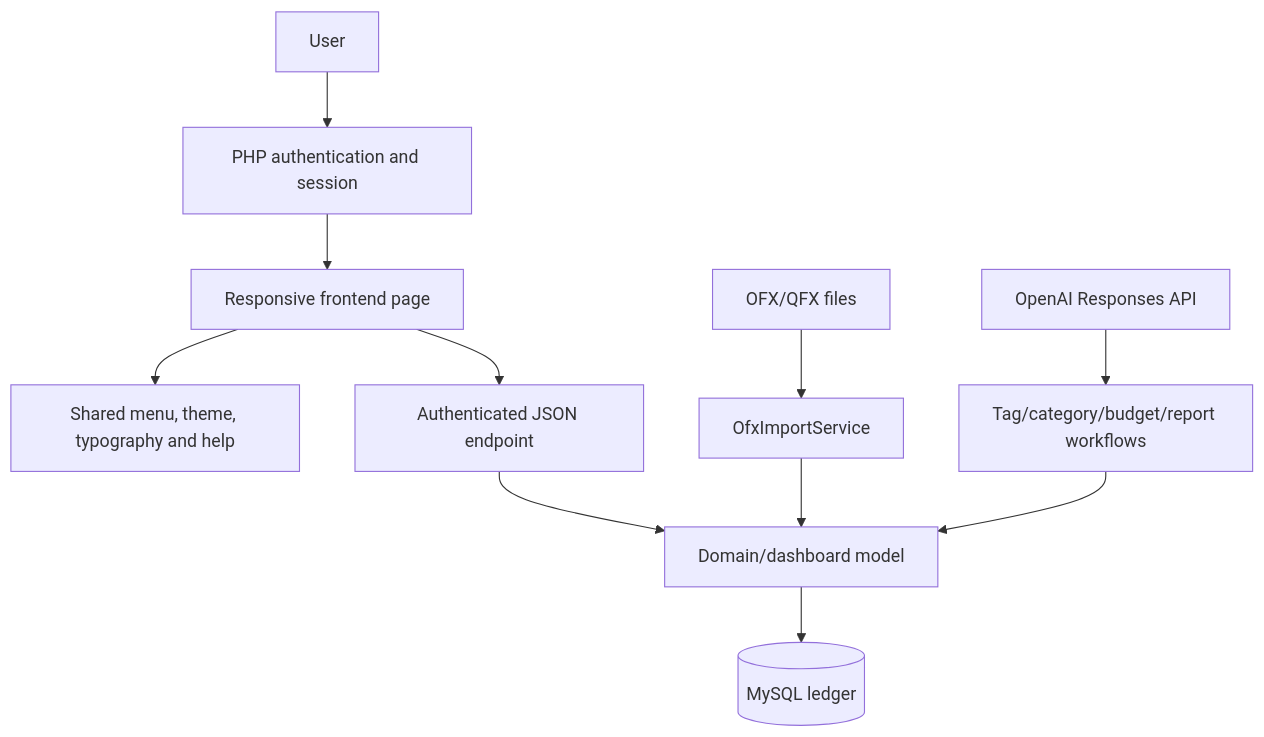
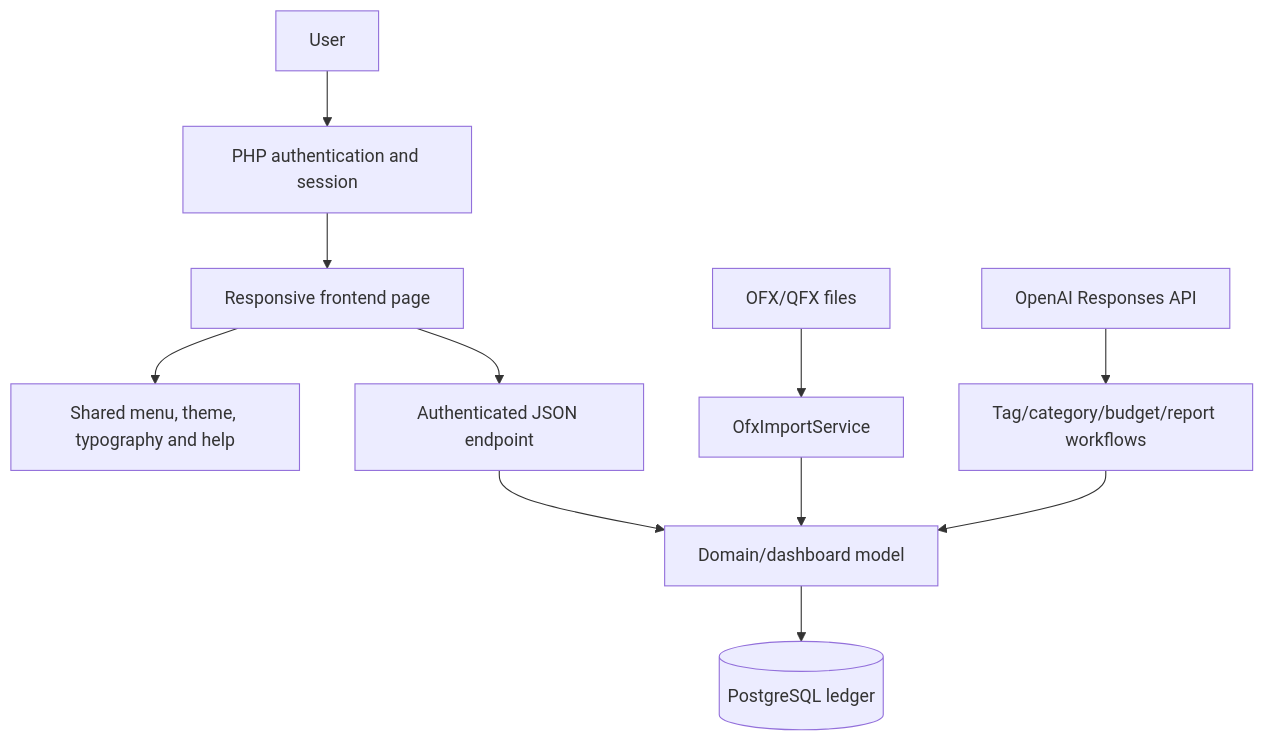
Before and after one commit to smeird/Accounts: the first of 3 diagrams in wiki/Architecture.md, drawn with Mermaid. The commit also changed other lines of this file and 29 other files, not shown here.

Commit message:
Migrate application to PostgreSQL and PHP 8.5

````diff
--- a/wiki/Architecture.md
+++ b/wiki/Architecture.md
@@ -5,13 +5,13 @@
 ```mermaid
 flowchart TB
     User[User] --> Auth[PHP authentication and session]
     Auth --> Page[Responsive frontend page]
     Page --> Menu[Shared menu, theme, typography and help]
     Page --> API[Authenticated JSON endpoint]
     API --> Domain[Domain/dashboard model]
-    Domain --> DB[(MySQL ledger)]
+    Domain --> DB[(PostgreSQL ledger)]
     OFX[OFX/QFX files] --> Import[OfxImportService]
     Import --> Domain
     AI[OpenAI Responses API] --> AIFlow[Tag/category/budget/report workflows]
     AIFlow --> Domain
 ```
````
